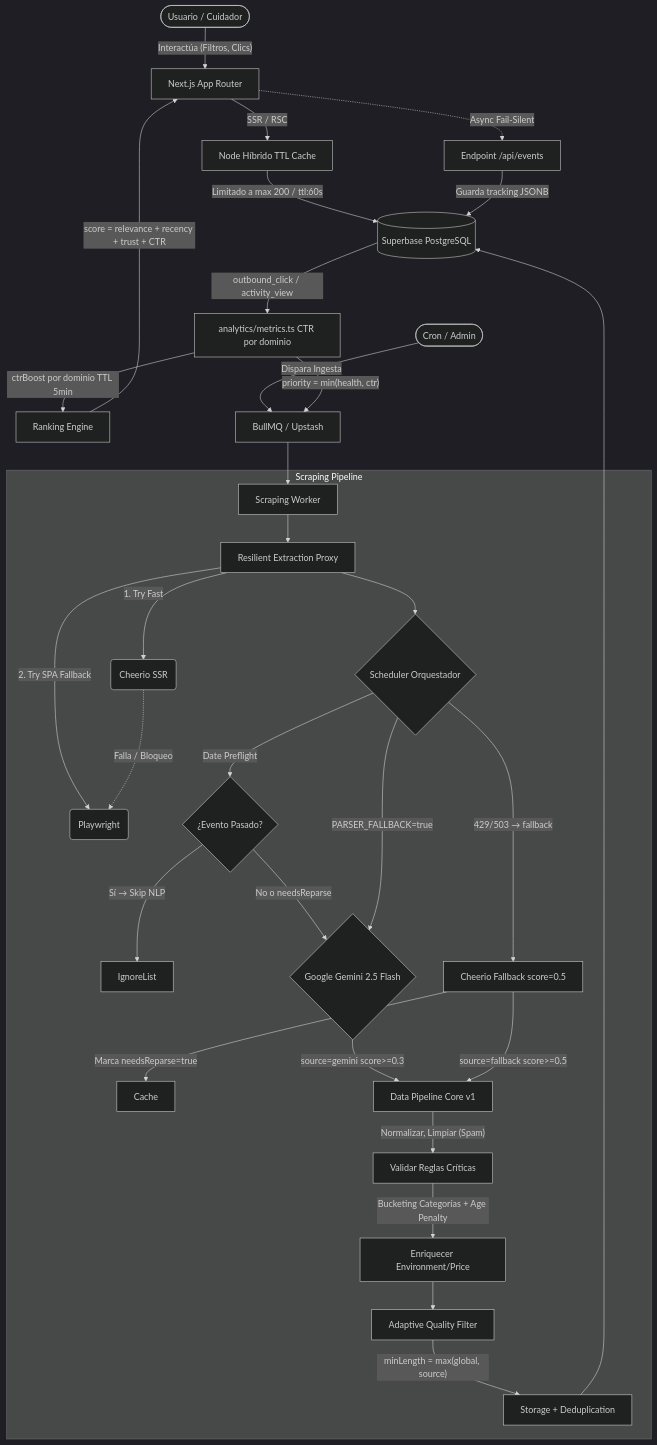
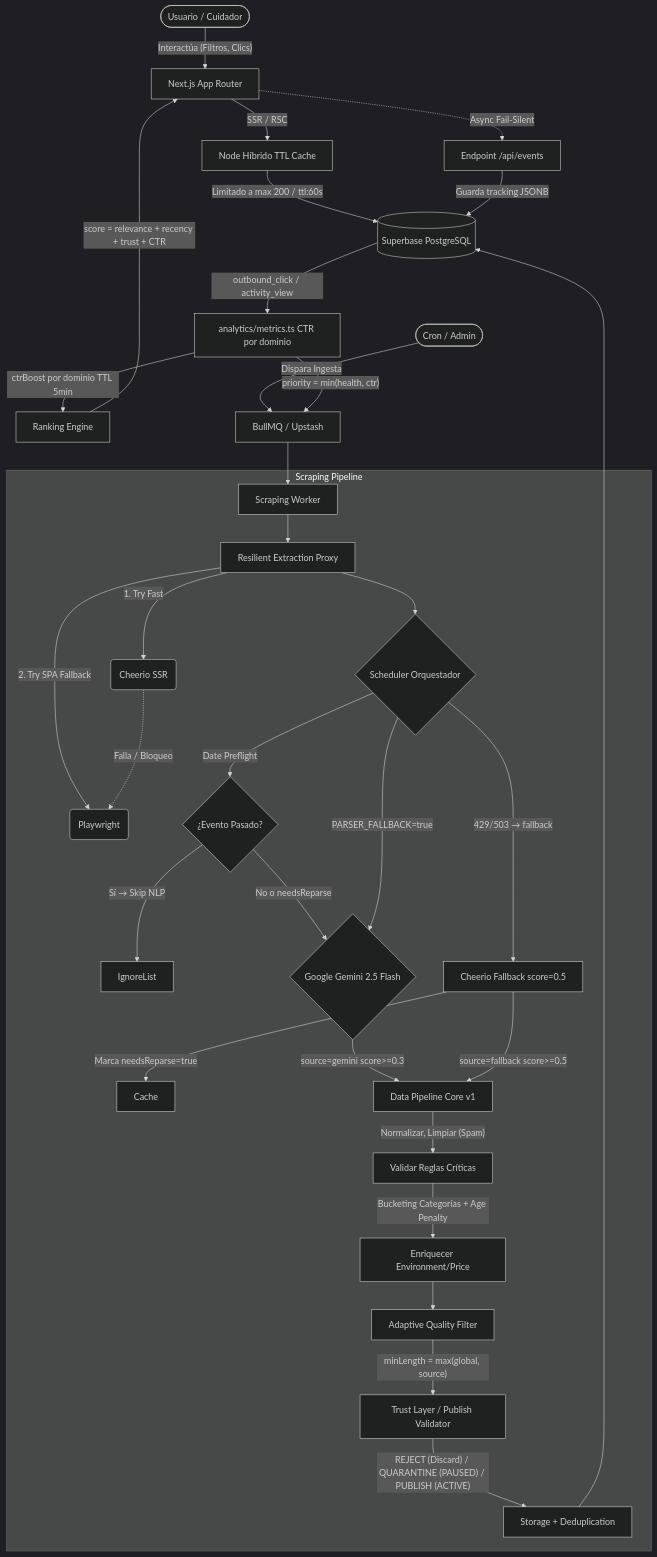
The diagram in ARCHITECTURE.md (Darg9/infantia), drawn with Mermaid (dark theme) before and after one commit. The commit also changed other lines of this file and 32 other files, not shown here.

````diff
--- a/ARCHITECTURE.md
+++ b/ARCHITECTURE.md
@@ -18,50 +18,51 @@
 ```mermaid
 flowchart TD
     %% Usuarios y UX
     User([Usuario / Cuidador]) --> |"Interactúa (Filtros, Clics)"| NextJS
     NextJS[Next.js App Router] --> |"SSR / RSC"| HybridCache[Node Híbrido TTL Cache]
     HybridCache --> |"Limitado a max 200 / ttl:60s"| DB[(Superbase PostgreSQL)]
 
     %% Tracker Analytics Zero-Dependency
     NextJS -.-> |"Async Fail-Silent"| EdgeAnalytics[Endpoint /api/events]
     EdgeAnalytics --> |"Guarda tracking JSONB"| DB
 
     %% CTR Feedback Loop (S44)
     DB --> |"outbound_click / activity_view"| CTRMetrics[analytics/metrics.ts CTR por dominio]
     CTRMetrics --> |"ctrBoost por dominio TTL 5min"| RankingEngine[Ranking Engine]
     RankingEngine --> |"score = relevance + recency + trust + CTR"| NextJS
 
     %% Ingesta (Cron / Admin)
     Admin([Cron / Admin]) --> |"Dispara Ingesta"| Queue[BullMQ / Upstash]
     CTRMetrics --> |"priority = min(health, ctr)"| Queue
     Queue --> Worker[Scraping Worker]
 
     %% Resilient Pipeline + Data Pipeline Core v1
     subgraph Scraping Pipeline
        Worker --> Proxy[Resilient Extraction Proxy]
        Proxy --> |"1. Try Fast"| Cheerio(Cheerio SSR)
        Proxy --> |"2. Try SPA Fallback"| Playwright(Playwright)
        Cheerio -.-> |"Falla / Bloqueo"| Playwright
        
        %% Parser Resiliente y Scheduler Inteligente (S52-S55)
        Proxy --> ParserOrch{Scheduler Orquestador}
        ParserOrch --> |"Date Preflight"| PreflightGate{¿Evento Pasado?}
        PreflightGate --> |"Sí → Skip NLP"| IgnoreList
        PreflightGate --> |"No o needsReparse"| NLP{Google Gemini 2.5 Flash}
        
        ParserOrch --> |"PARSER_FALLBACK=true"| NLP
        ParserOrch --> |"429/503 → fallback"| CheerioFallback[Cheerio Fallback score=0.5]
        CheerioFallback --> |"Marca needsReparse=true"| Cache
        NLP --> |"source=gemini score>=0.3"| DataPipeline
        CheerioFallback --> |"source=fallback score>=0.5"| DataPipeline
 
-       %% Data Pipeline System V1
+       %% Data Pipeline System V1 & Trust Layer (v0.16.3)
        DataPipeline[Data Pipeline Core v1]
        DataPipeline --> |"Normalizar, Limpiar (Spam)"| DPValidator[Validar Reglas Críticas]
        DPValidator --> |"Bucketing Categorías + Age Penalty"| Enriquecimiento[Enriquecer Environment/Price]
        Enriquecimiento --> AdaptiveFilter[Adaptive Quality Filter]
-       AdaptiveFilter --> |"minLength = max(global, source)"| StorageLayer[Storage + Deduplication]
+       AdaptiveFilter --> |"minLength = max(global, source)"| TrustLayer[Trust Layer / Publish Validator]
+       TrustLayer --> |"REJECT (Discard) / QUARANTINE (PAUSED) / PUBLISH (ACTIVE)"| StorageLayer[Storage + Deduplication]
     end
 
     StorageLayer --> DB
 ```
````
